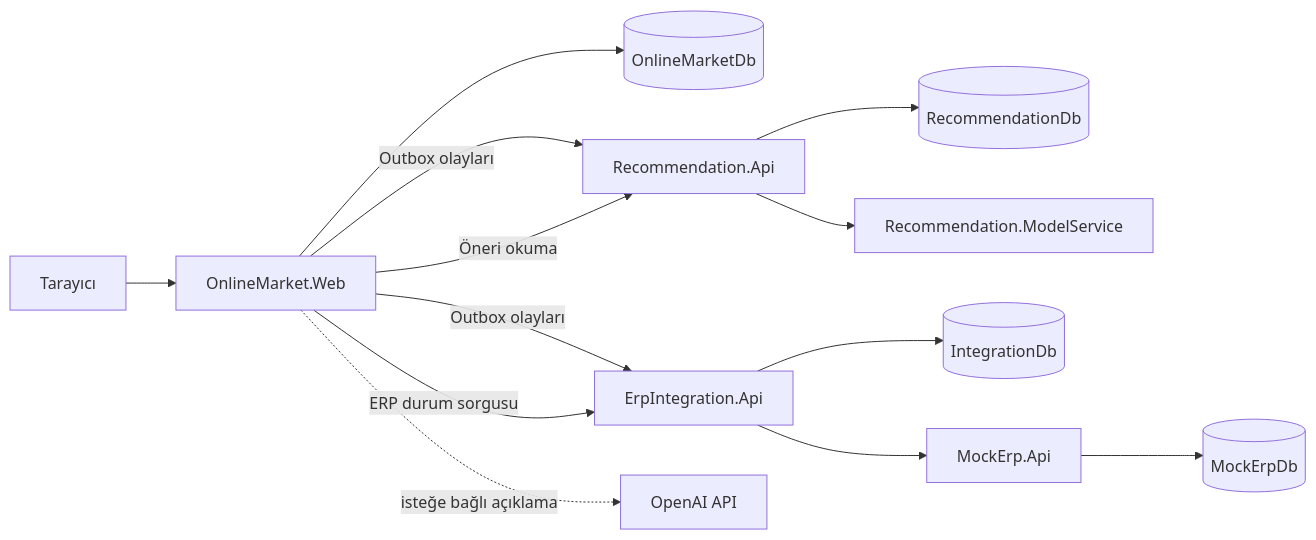
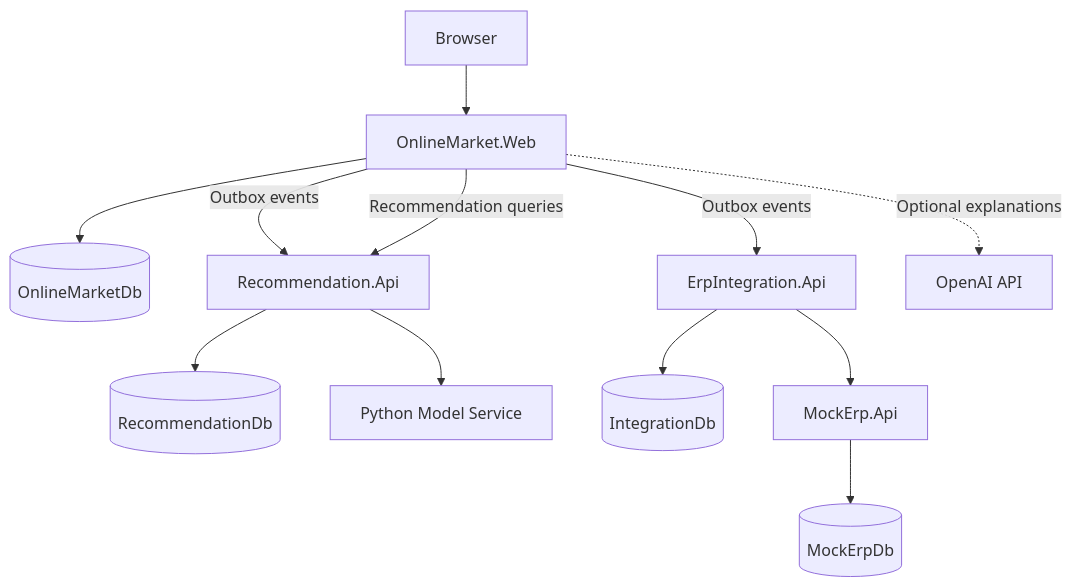
The diagram in README.md (keremy321/OnlineMarket), drawn with Mermaid before and after one commit. The commit also changed other lines of this file and 1 other file, not shown here.

````diff
--- a/README.md
+++ b/README.md
@@ -164,15 +70,14 @@
 ```mermaid
-flowchart LR
-    Browser[Tarayıcı] --> Web[OnlineMarket.Web]
-    Web --> MarketDb[(OnlineMarketDb)]
-    Web -->|Outbox olayları| Recommendation[Recommendation.Api]
-    Web -->|Outbox olayları| Integration[ErpIntegration.Api]
-    Web -->|Öneri okuma| Recommendation
-    Web -->|ERP durum sorgusu| Integration
-    Recommendation --> RecommendationDb[(RecommendationDb)]
-    Recommendation --> Model[Recommendation.ModelService]
-    Integration --> IntegrationDb[(IntegrationDb)]
-    Integration --> Mock[MockErp.Api]
-    Mock --> MockDb[(MockErpDb)]
-    Web -.->|isteğe bağlı açıklama| OpenAI[OpenAI API]
+flowchart TD
+    B[Browser] --> W[OnlineMarket.Web]
+    W --> O[(OnlineMarketDb)]
+    W -->|Outbox events| R[Recommendation.Api]
+    W -->|Outbox events| E[ErpIntegration.Api]
+    W -->|Recommendation queries| R
+    R --> RD[(RecommendationDb)]
+    R --> M[Python Model Service]
+    E --> ID[(IntegrationDb)]
+    E --> ERP[MockErp.Api]
+    ERP --> MD[(MockErpDb)]
+    W -.->|Optional explanations| AI[OpenAI API]
 ```
````
